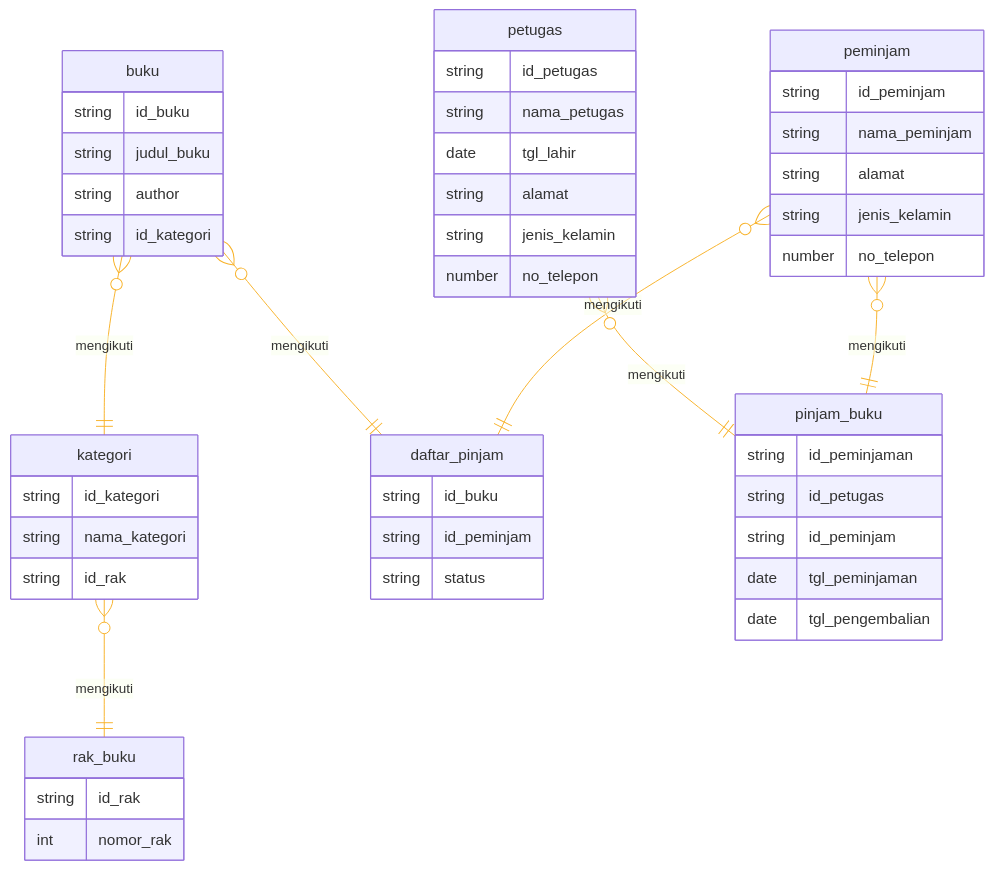
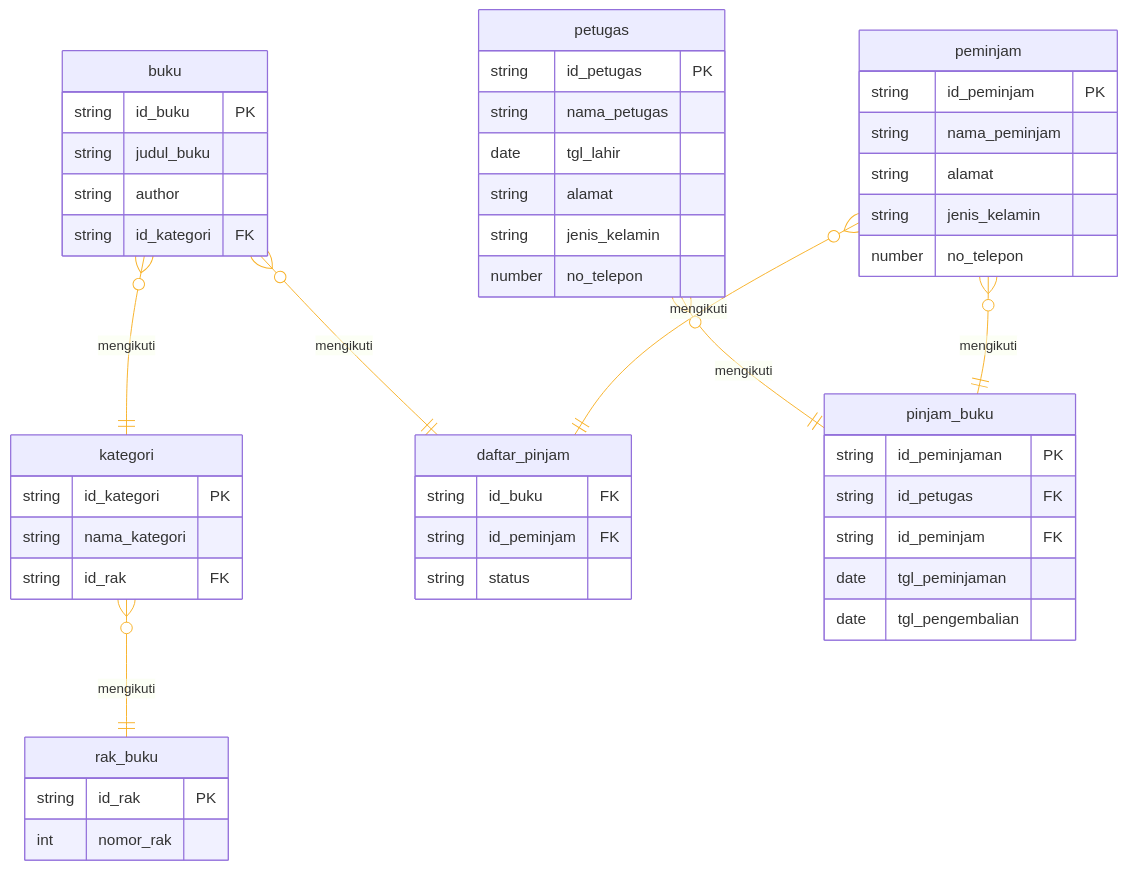
The diagram in readme.md (dimastadeoo/koda-b8-db1), drawn with Mermaid before and after one commit.

Commit message:
docs: Update ERD to specify primary and foreign keys for relevant entities

````diff
--- a/readme.md
+++ b/readme.md
@@ -5,65 +5,65 @@
 ```mermaid
 ---
 config:
     theme: 'default'
     themeVariables:
         lineColor: '#F8B229'
 ---
 
 erDiagram
     buku {
-        string id_buku
+        string id_buku PK
         string judul_buku
         string author
-        string id_kategori
+        string id_kategori FK
     }
     
     kategori {
-        string id_kategori
+        string id_kategori PK
         string nama_kategori
-        string id_rak
+        string id_rak FK
     }
     rak_buku {
-        string id_rak
+        string id_rak PK
         int nomor_rak
     }
     petugas {
-        string id_petugas
+        string id_petugas PK
         string nama_petugas
         date tgl_lahir
         string alamat
         string jenis_kelamin
         number no_telepon
     }
 
     peminjam {
-        string id_peminjam
+        string id_peminjam PK
         string nama_peminjam
         string alamat
         string jenis_kelamin
         number no_telepon
     }
 
     daftar_pinjam {
-        string id_buku
-        string id_peminjam
+        string id_buku FK
+        string id_peminjam FK
         string status
     }
 
     pinjam_buku {
-        string id_peminjaman
-        string id_petugas
-        string id_peminjam
+        string id_peminjaman PK
+        string id_petugas FK
+        string id_peminjam FK
         date tgl_peminjaman
         date tgl_pengembalian
     }
 
     buku o{ -- || kategori : mengikuti
     kategori o{ -- || rak_buku : mengikuti
     buku o{ -- || daftar_pinjam : mengikuti
     peminjam o{ -- || daftar_pinjam : mengikuti
     petugas o{ -- || pinjam_buku : mengikuti
     peminjam o{ -- || pinjam_buku : mengikuti
 
 
 ```
````
